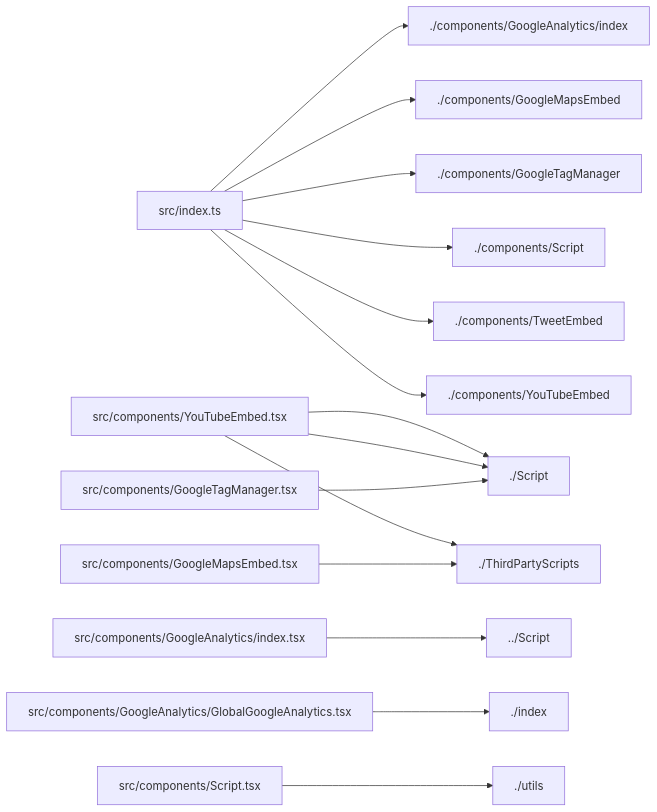
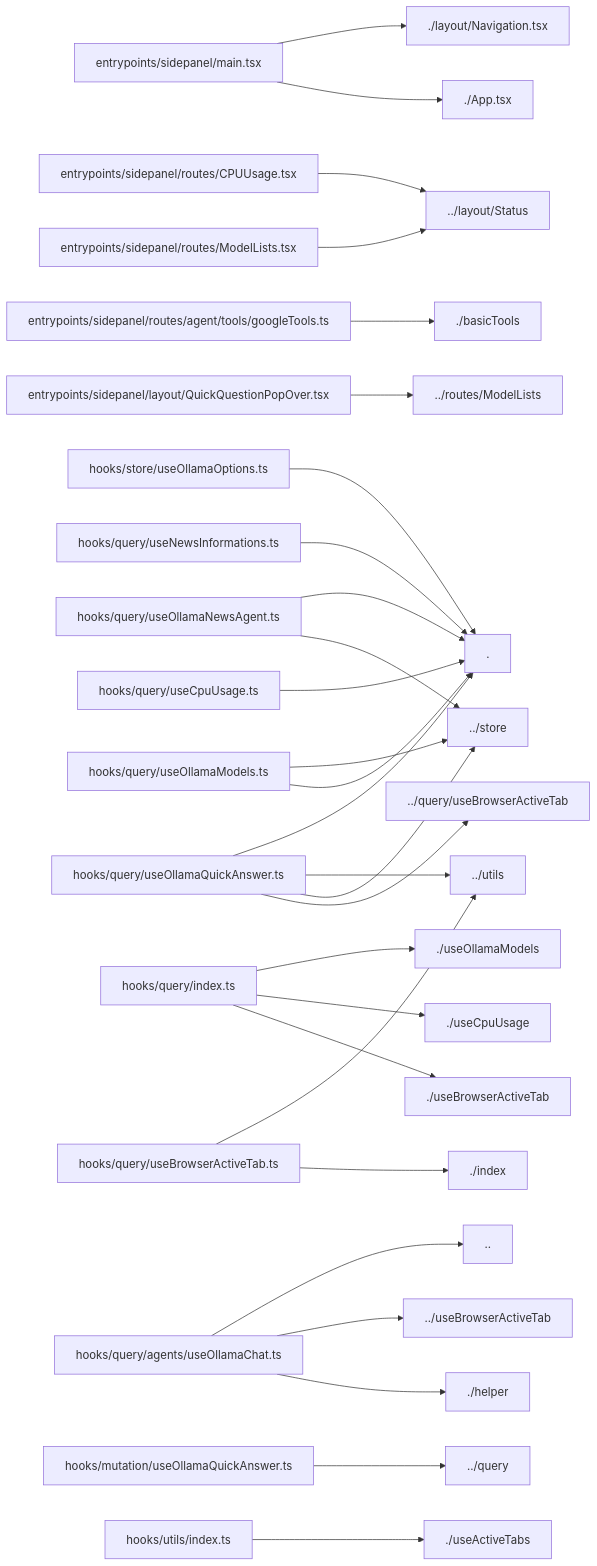
The diagram in output.md (sanjaiyan-dev/urai-ecma), drawn with Mermaid before and after one commit. The commit also changed other lines of this file and 9 other files, not shown here.

````diff
--- a/output.md
+++ b/output.md
@@ -109,17 +123,30 @@
 ```mermaid
 graph LR;
-    src/index.ts --> ./components/GoogleAnalytics/index;
-    src/index.ts --> ./components/GoogleMapsEmbed;
-    src/index.ts --> ./components/GoogleTagManager;
-    src/index.ts --> ./components/Script;
-    src/index.ts --> ./components/TweetEmbed;
-    src/index.ts --> ./components/YouTubeEmbed;
-    src/components/YouTubeEmbed.tsx --> ./Script;
-    src/components/YouTubeEmbed.tsx --> ./Script;
-    src/components/YouTubeEmbed.tsx --> ./ThirdPartyScripts;
-    src/components/GoogleAnalytics/index.tsx --> ../Script;
-    src/components/GoogleAnalytics/GlobalGoogleAnalytics.tsx --> ./index;
-    src/components/Script.tsx --> ./utils;
-    src/components/GoogleMapsEmbed.tsx --> ./ThirdPartyScripts;
-    src/components/GoogleTagManager.tsx --> ./Script;
+    entrypoints/sidepanel/main.tsx --> ./App.tsx;
+    entrypoints/sidepanel/main.tsx --> ./layout/Navigation.tsx;
+    entrypoints/sidepanel/routes/ModelLists.tsx --> ../layout/Status;
+    entrypoints/sidepanel/routes/CPUUsage.tsx --> ../layout/Status;
+    entrypoints/sidepanel/routes/agent/tools/googleTools.ts --> ./basicTools;
+    entrypoints/sidepanel/layout/QuickQuestionPopOver.tsx --> ../routes/ModelLists;
+    hooks/query/useOllamaModels.ts --> .;
+    hooks/query/useOllamaModels.ts --> ../store;
+    hooks/query/index.ts --> ./useBrowserActiveTab;
+    hooks/query/index.ts --> ./useCpuUsage;
+    hooks/query/index.ts --> ./useOllamaModels;
+    hooks/query/useCpuUsage.ts --> .;
+    hooks/query/useOllamaQuickAnswer.ts --> ../query/useBrowserActiveTab;
+    hooks/query/useOllamaQuickAnswer.ts --> ../store;
+    hooks/query/useOllamaQuickAnswer.ts --> ../utils;
+    hooks/query/useOllamaQuickAnswer.ts --> .;
+    hooks/query/useBrowserActiveTab.ts --> ./index;
+    hooks/query/useBrowserActiveTab.ts --> ../utils;
+    hooks/query/useNewsInformations.ts --> .;
+    hooks/query/agents/useOllamaChat.ts --> ./helper;
+    hooks/query/agents/useOllamaChat.ts --> ../useBrowserActiveTab;
+    hooks/query/agents/useOllamaChat.ts --> ..;
+    hooks/query/useOllamaNewsAgent.ts --> ../store;
+    hooks/query/useOllamaNewsAgent.ts --> .;
+    hooks/store/useOllamaOptions.ts --> .;
+    hooks/mutation/useOllamaQuickAnswer.ts --> ../query;
+    hooks/utils/index.ts --> ./useActiveTabs;
 ```
````
